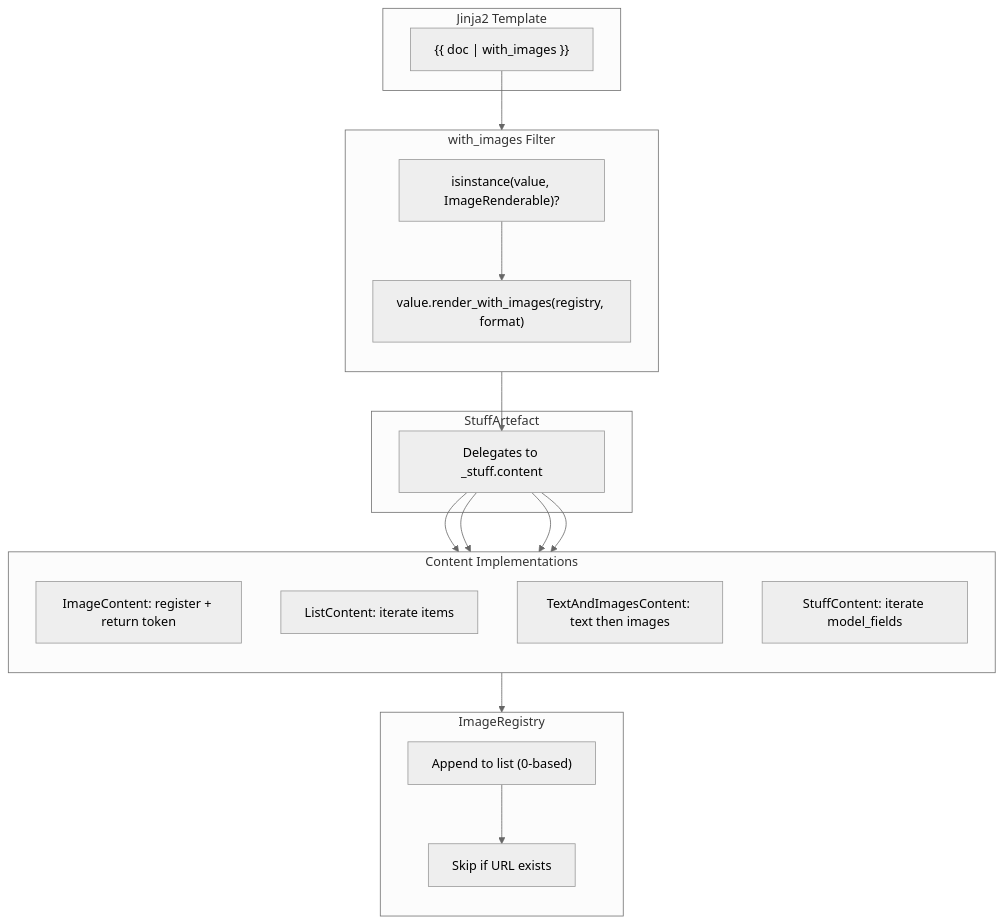
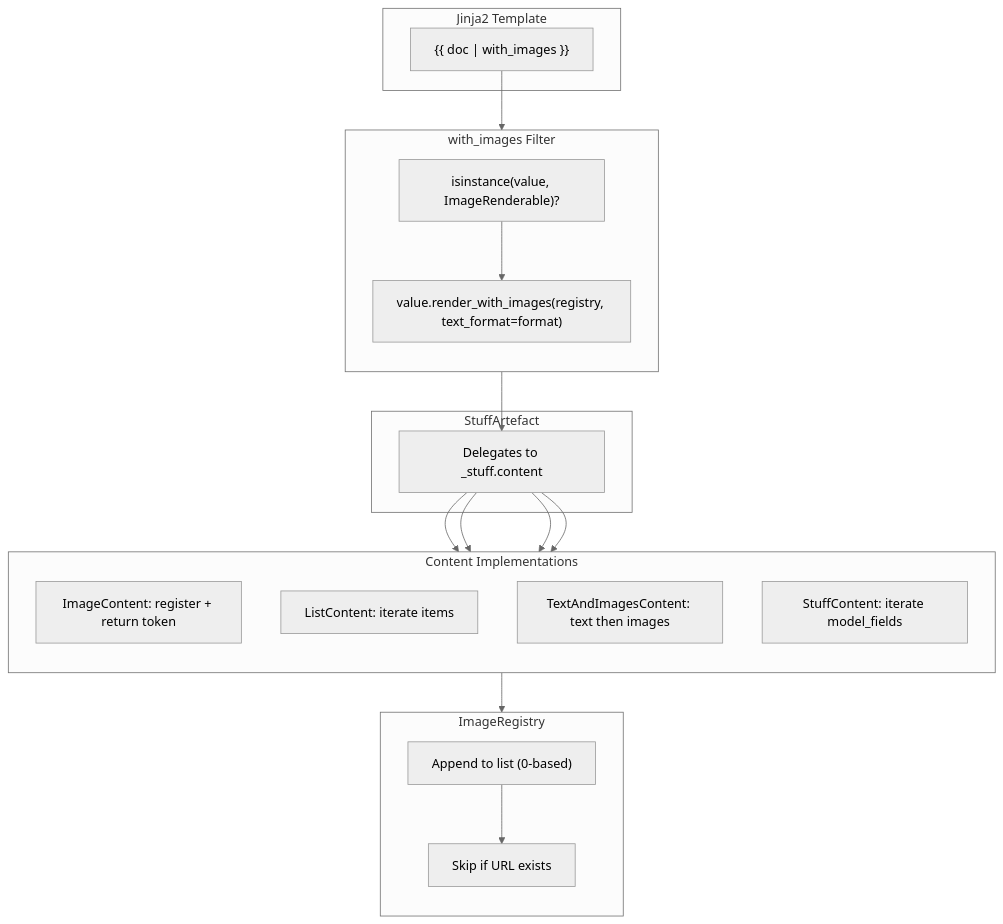
Before and after one commit to Pipelex/pipelex: the diagram in docs/under-the-hood/stuffartefact-and-image-rendering.md, drawn with Mermaid (neutral theme). The commit also changed other lines of this file and 110 other files, not shown here.

````diff
--- a/docs/under-the-hood/stuffartefact-and-image-rendering.md
+++ b/docs/under-the-hood/stuffartefact-and-image-rendering.md
@@ -58,37 +58,37 @@
 ```mermaid
 flowchart TB
     subgraph TEMPLATE["Jinja2 Template"]
         VAR["{{ doc | with_images }}"]
     end
 
     subgraph FILTER["with_images Filter"]
         direction TB
         CHECK["isinstance(value, ImageRenderable)?"]
-        CALL["value.render_with_images(registry, format)"]
+        CALL["value.render_with_images(registry, text_format=format)"]
         CHECK --> CALL
     end
 
     subgraph ARTEFACT["StuffArtefact"]
         DELEGATE["Delegates to _stuff.content"]
     end
 
     subgraph CONTENT["Content Implementations"]
         direction TB
         IMG["ImageContent: register + return token"]
         LIST["ListContent: iterate items"]
         TEXT["TextAndImagesContent: text then images"]
         BASE["StuffContent: iterate model_fields"]
     end
 
     subgraph REGISTRY["ImageRegistry"]
         direction TB
         STORE["Append to list (0-based)"]
         DEDUP["Skip if URL exists"]
     end
 
     VAR --> CHECK
     CALL --> DELEGATE
     DELEGATE --> IMG & LIST & TEXT & BASE
     IMG --> STORE
     STORE --> DEDUP
 ```
````
